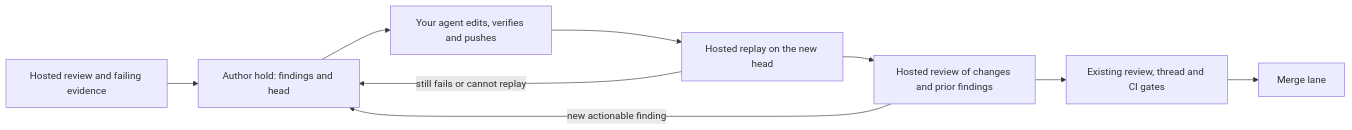
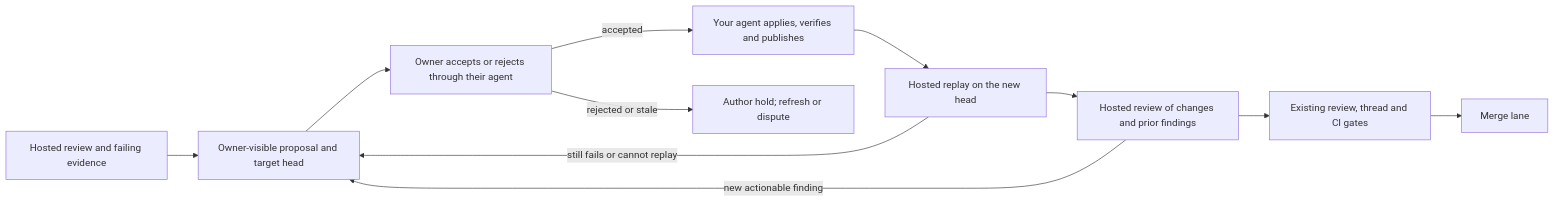
Before and after one commit to agent-labs-dev/mergepatrol: the diagram in docs/hosted-analysis-agent-fix.md, drawn with Mermaid. The commit also changed other lines of this file, not shown here.

First line of the commit message:
docs: require owner approval for hosted changes

````diff
--- a/docs/hosted-analysis-agent-fix.md
+++ b/docs/hosted-analysis-agent-fix.md
@@ -110,11 +148,13 @@
 ```mermaid
 flowchart LR
-    R[Hosted review and failing evidence] --> H[Author hold: findings and head]
-    H --> A[Your agent edits, verifies and pushes]
+    R[Hosted review and failing evidence] --> H[Owner-visible proposal and target head]
+    H --> D[Owner accepts or rejects through their agent]
+    D -->|accepted| A[Your agent applies, verifies and publishes]
+    D -->|rejected or stale| H2[Author hold; refresh or dispute]
     A --> V[Hosted replay on the new head]
     V --> R2[Hosted review of changes and prior findings]
     R2 --> G[Existing review, thread and CI gates]
     G --> M[Merge lane]
     V -->|still fails or cannot replay| H
     R2 -->|new actionable finding| H
 ```
````
